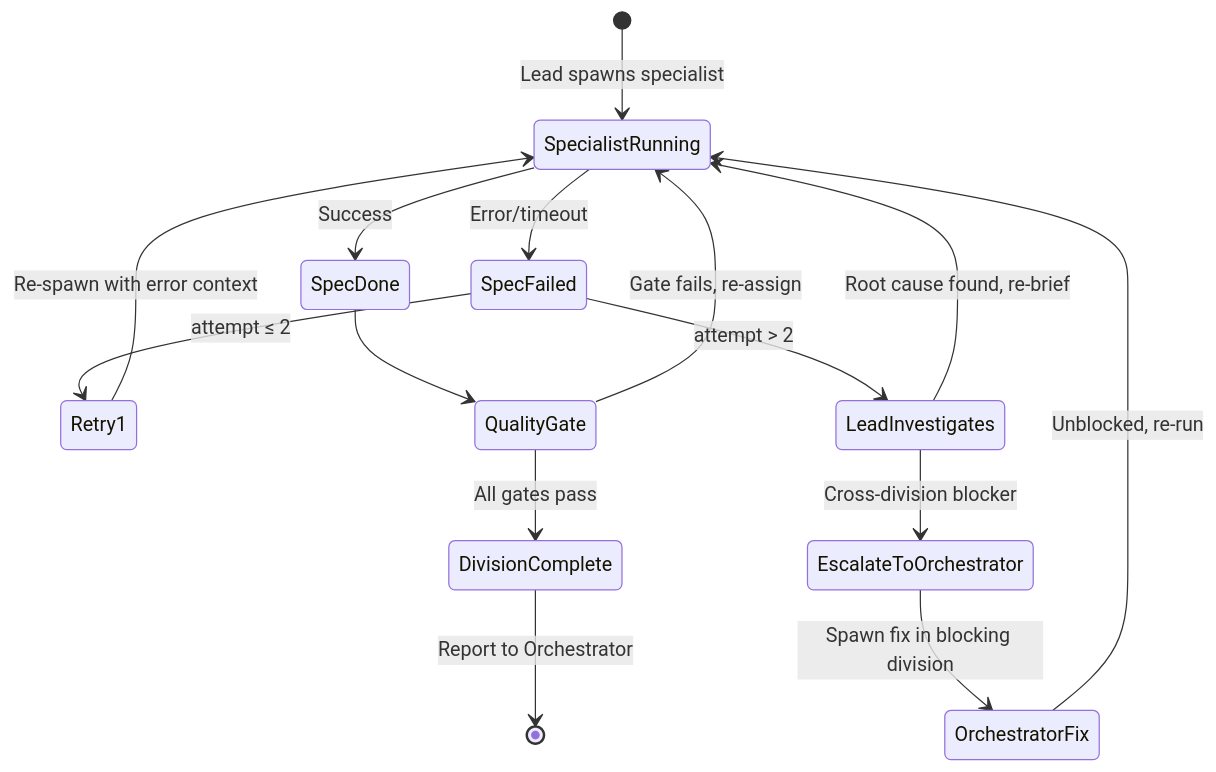
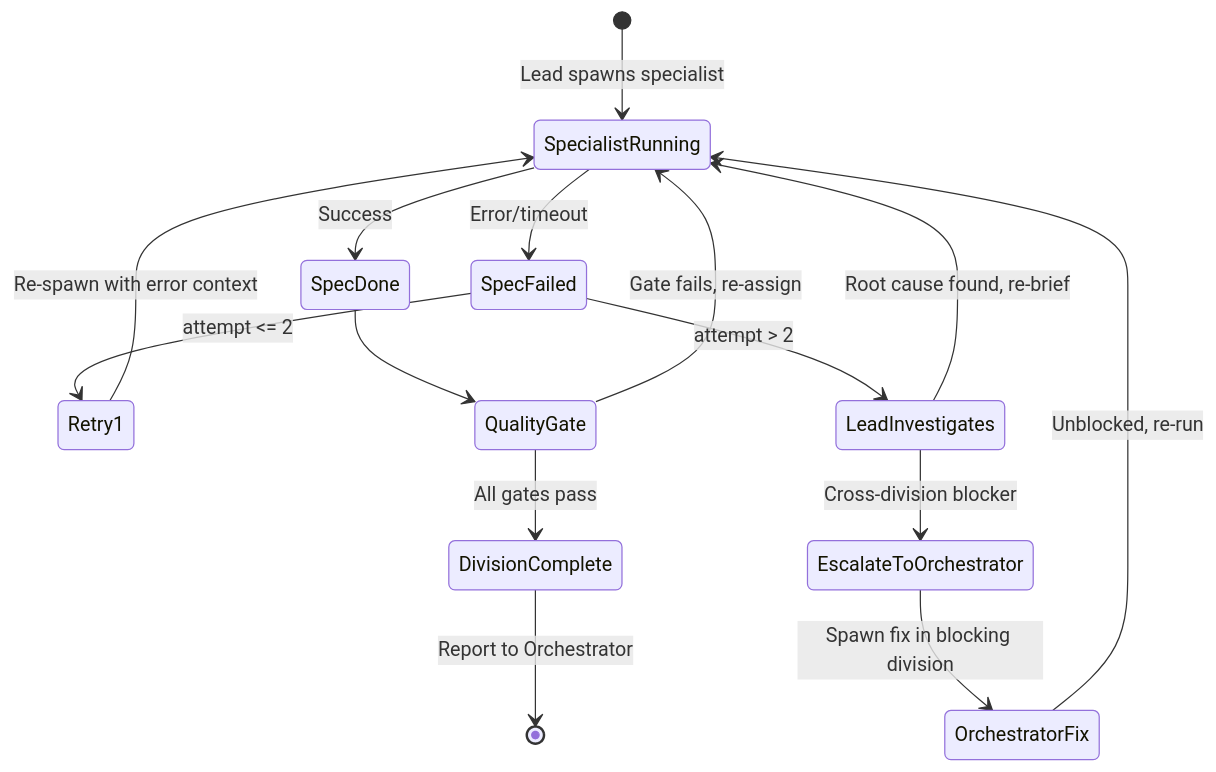
The third of 3 diagrams in docs/architecture/AGENT-HIERARCHY.md (TalWayn72/EduSphere), drawn with Mermaid before and after one commit. The commit also changed other lines of this file and 40 other files, not shown here.

````diff
--- a/docs/architecture/AGENT-HIERARCHY.md
+++ b/docs/architecture/AGENT-HIERARCHY.md
@@ -132,23 +136,23 @@
 ```mermaid
 stateDiagram-v2
     [*] --> SpecialistRunning: Lead spawns specialist
 
     SpecialistRunning --> SpecDone: Success
     SpecialistRunning --> SpecFailed: Error/timeout
 
-    SpecFailed --> Retry1: attempt ≤ 2
+    SpecFailed --> Retry1: attempt <= 2
     Retry1 --> SpecialistRunning: Re-spawn with error context
 
     SpecFailed --> LeadInvestigates: attempt > 2
     LeadInvestigates --> SpecialistRunning: Root cause found, re-brief
     LeadInvestigates --> EscalateToOrchestrator: Cross-division blocker
 
     EscalateToOrchestrator --> OrchestratorFix: Spawn fix in blocking division
     OrchestratorFix --> SpecialistRunning: Unblocked, re-run
 
     SpecDone --> QualityGate
     QualityGate --> DivisionComplete: All gates pass
     QualityGate --> SpecialistRunning: Gate fails, re-assign
 
     DivisionComplete --> [*]: Report to Orchestrator
 ```
````
